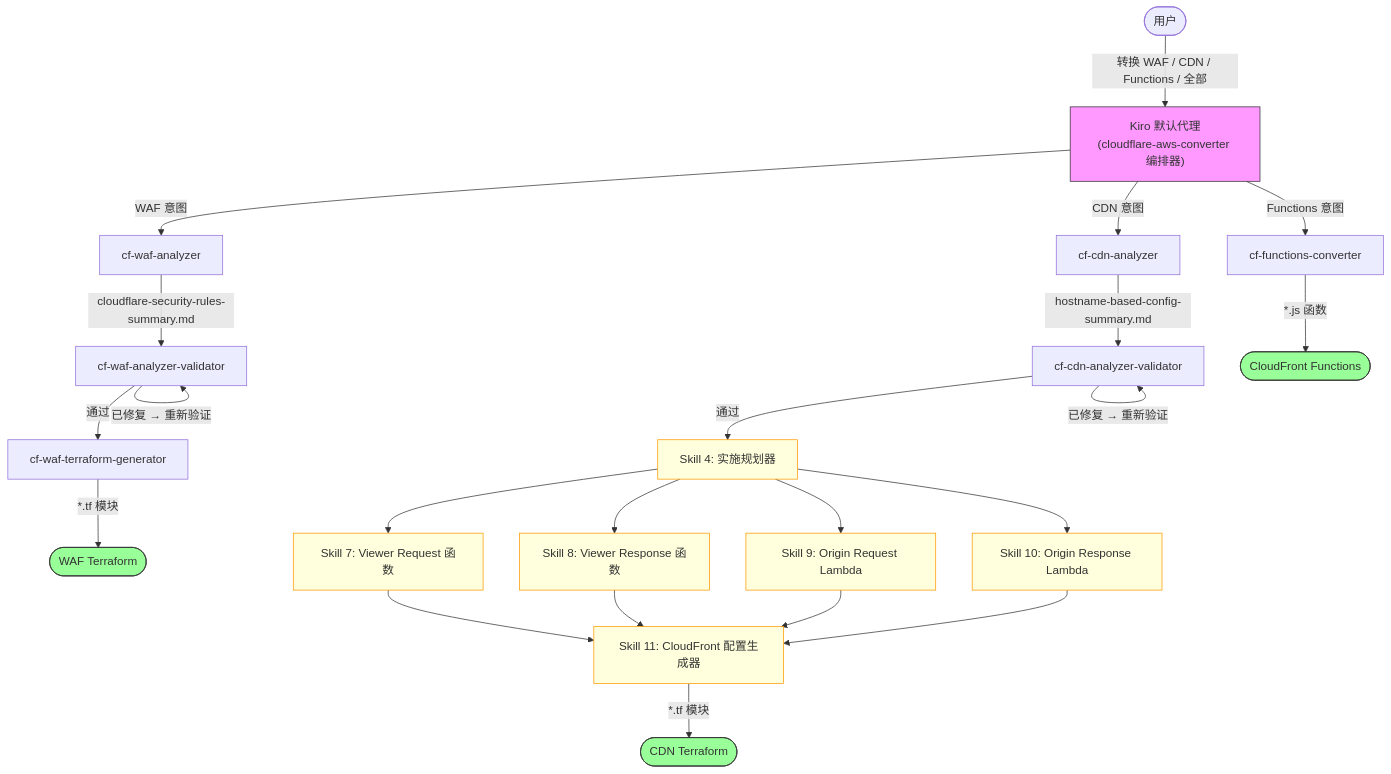
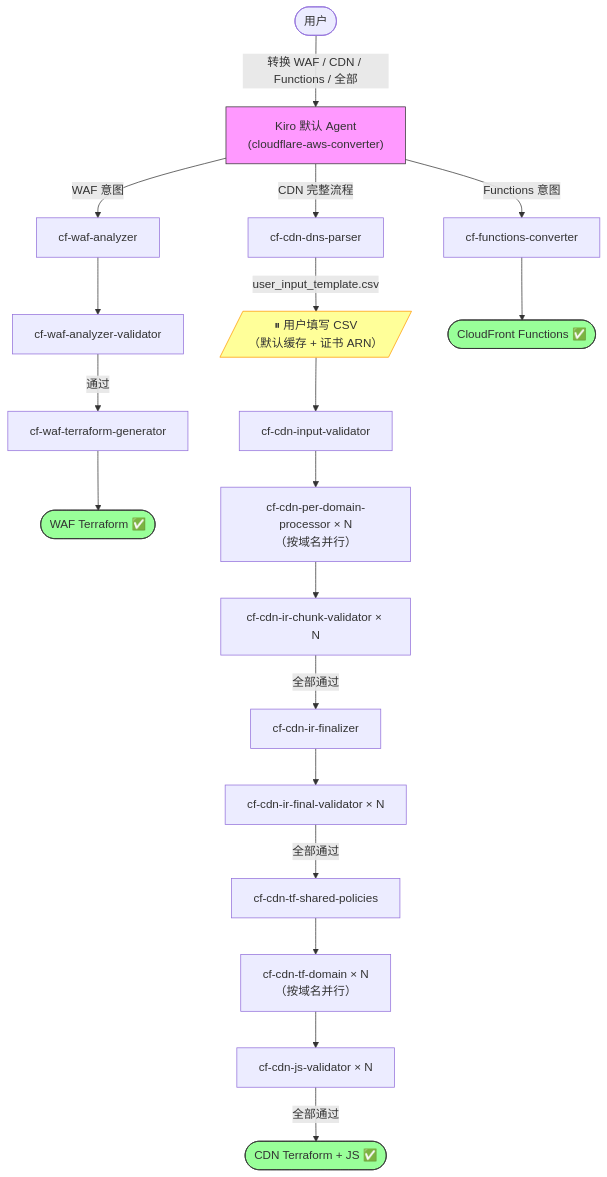
The diagram in README_CN.md (chenghit/cloudflare-aws-edge-config-converter), drawn with Mermaid before and after one commit. The commit also changed other lines of this file and 26 other files, not shown here.

First line of the commit message:
feat(cdn): add full CDN pipeline (9 skills + validators + Terraform module)

````diff
--- a/README_CN.md
+++ b/README_CN.md
@@ -32,35 +39,30 @@
 ```mermaid
 flowchart TD
-    User([用户]) -->|"转换 WAF / CDN / Functions / 全部"| Main["Kiro 默认代理<br/>(cloudflare-aws-converter 编排器)"]
+    User([用户]) -->|"转换 WAF / CDN / Functions / 全部"| Main["Kiro 默认 Agent\n(cloudflare-aws-converter)"]
 
     Main -->|WAF 意图| WAF_A["cf-waf-analyzer"]
-    WAF_A -->|"cloudflare-security-rules-summary.md"| WAF_V["cf-waf-analyzer-validator"]
+    WAF_A --> WAF_V["cf-waf-analyzer-validator"]
     WAF_V -->|通过| WAF_G["cf-waf-terraform-generator"]
-    WAF_V -->|"已修复 → 重新验证"| WAF_V
-    WAF_G -->|"*.tf 模块"| WAF_Done([WAF Terraform])
+    WAF_G --> WAF_Done([WAF Terraform ✅])
 
-    Main -->|CDN 意图| CDN_A["cf-cdn-analyzer"]
-    CDN_A -->|"hostname-based-config-summary.md"| CDN_V["cf-cdn-analyzer-validator"]
-    CDN_V -->|通过| CDN_P["Skill 4: 实施规划器"]
-    CDN_V -->|"已修复 → 重新验证"| CDN_V
-    CDN_P --> CDN_VR["Skill 7: Viewer Request 函数"]
-    CDN_P --> CDN_VResp["Skill 8: Viewer Response 函数"]
-    CDN_P --> CDN_OR["Skill 9: Origin Request Lambda"]
-    CDN_P --> CDN_OResp["Skill 10: Origin Response Lambda"]
-    CDN_VR & CDN_VResp & CDN_OR & CDN_OResp --> CDN_TF["Skill 11: CloudFront 配置生成器"]
-    CDN_TF -->|"*.tf 模块"| CDN_Done([CDN Terraform])
+    Main -->|CDN 完整流程| CDN1["cf-cdn-dns-parser"]
+    CDN1 -->|user_input_template.csv| Pause[/"⏸ 用户填写 CSV\n（默认缓存 + 证书 ARN）"/]
+    Pause --> CDN2["cf-cdn-input-validator"]
+    CDN2 --> CDN3["cf-cdn-per-domain-processor × N\n（按域名并行）"]
+    CDN3 --> CDN4["cf-cdn-ir-chunk-validator × N"]
+    CDN4 -->|全部通过| CDN5["cf-cdn-ir-finalizer"]
+    CDN5 --> CDN6["cf-cdn-ir-final-validator × N"]
+    CDN6 -->|全部通过| CDN7["cf-cdn-tf-shared-policies"]
+    CDN7 --> CDN8["cf-cdn-tf-domain × N\n（按域名并行）"]
+    CDN8 --> CDN9["cf-cdn-js-validator × N"]
+    CDN9 -->|全部通过| CDN_Done([CDN Terraform + JS ✅])
 
     Main -->|Functions 意图| FUNC["cf-functions-converter"]
-    FUNC -->|"*.js 函数"| FUNC_Done([CloudFront Functions])
+    FUNC --> FUNC_Done([CloudFront Functions ✅])
 
     style Main fill:#f9f,stroke:#333
+    style Pause fill:#ff9,stroke:#f90
     style WAF_Done fill:#9f9,stroke:#333
     style CDN_Done fill:#9f9,stroke:#333
     style FUNC_Done fill:#9f9,stroke:#333
-    style CDN_P fill:#ffd,stroke:#f90
-    style CDN_VR fill:#ffd,stroke:#f90
-    style CDN_VResp fill:#ffd,stroke:#f90
-    style CDN_OR fill:#ffd,stroke:#f90
-    style CDN_OResp fill:#ffd,stroke:#f90
-    style CDN_TF fill:#ffd,stroke:#f90
 ```
````
